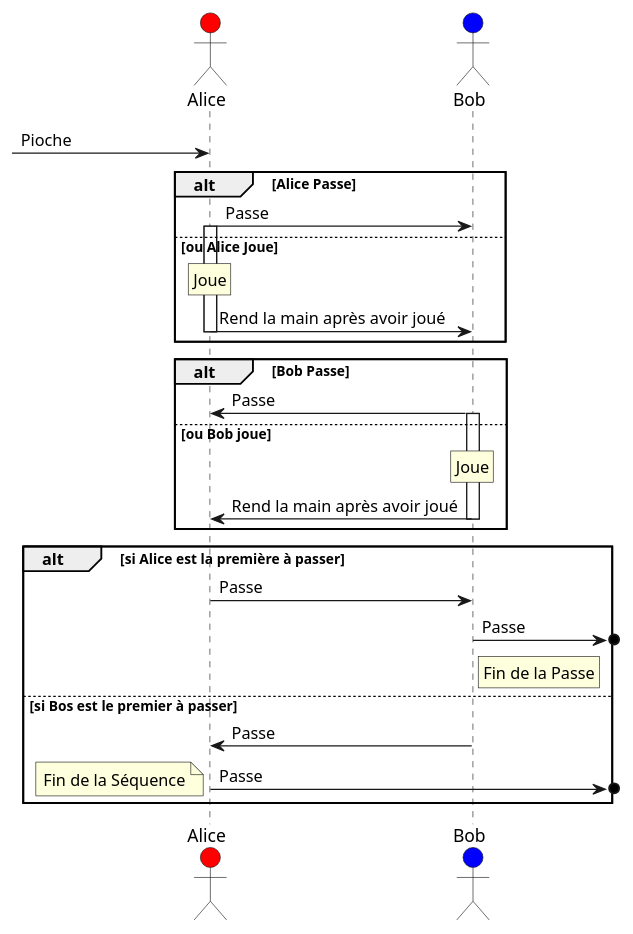
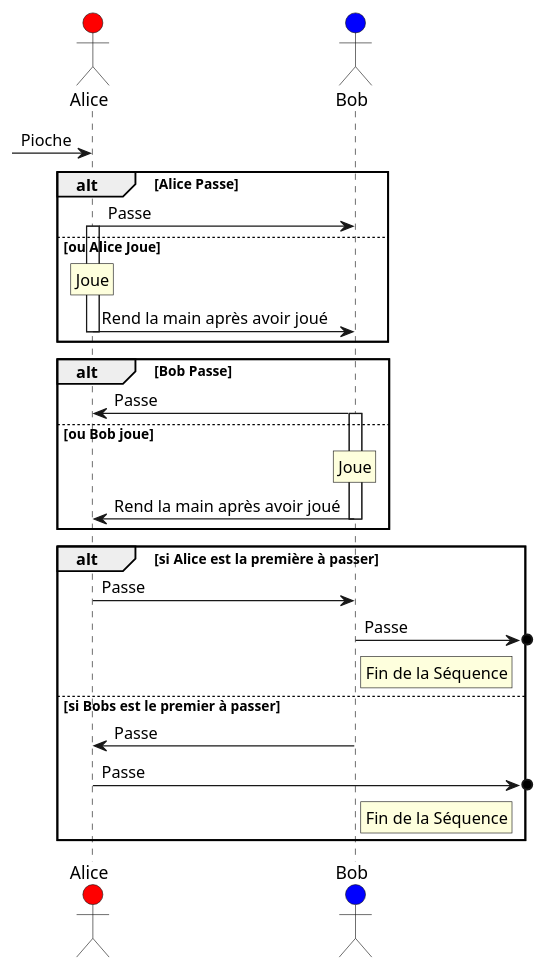
The seventh of 7 diagrams in sphérier/référence/phases-de-jeu/combat.md (de-dale/wiki), drawn with PlantUML before and after one commit. The commit also changed other lines of this file, not shown here.

Commit message:
docs: update sphérier/référence/phases-de-jeu/combat

````diff
--- a/sphérier/référence/phases-de-jeu/combat.md
+++ b/sphérier/référence/phases-de-jeu/combat.md
@@ -229,34 +229,34 @@
 ```plantuml
 actor Alice #red
 actor Bob #blue
 [-> Alice : Pioche
 
 
 deactivate Bob
   
 alt Alice Passe  
 	Alice -> Bob : Passe
 else ou Alice Joue
 	activate Alice
 	rnote over Alice: Joue
 	Alice -> Bob -- : Rend la main après avoir joué
 end
 
 alt Bob Passe
 	Bob -> Alice : Passe
 else ou Bob joue
   activate Bob
 	rnote over Bob: Joue
 	Bob -> Alice -- : Rend la main après avoir joué
 end
 
 alt si Alice est la première à passer
 	Alice -> Bob -- : Passe
 	Bob ->o] : Passe
-	rnote right of Bob: Fin de la Passe
-else si Bos est le premier à passer
+	rnote right of Bob: Fin de la Séquence
+else si Bobs est le premier à passer
 	Bob -> Alice : Passe
 	Alice ->o] : Passe
-	note right : Fin de la Séquence
+	rnote right of Bob: Fin de la Séquence
 end
 ```
````
